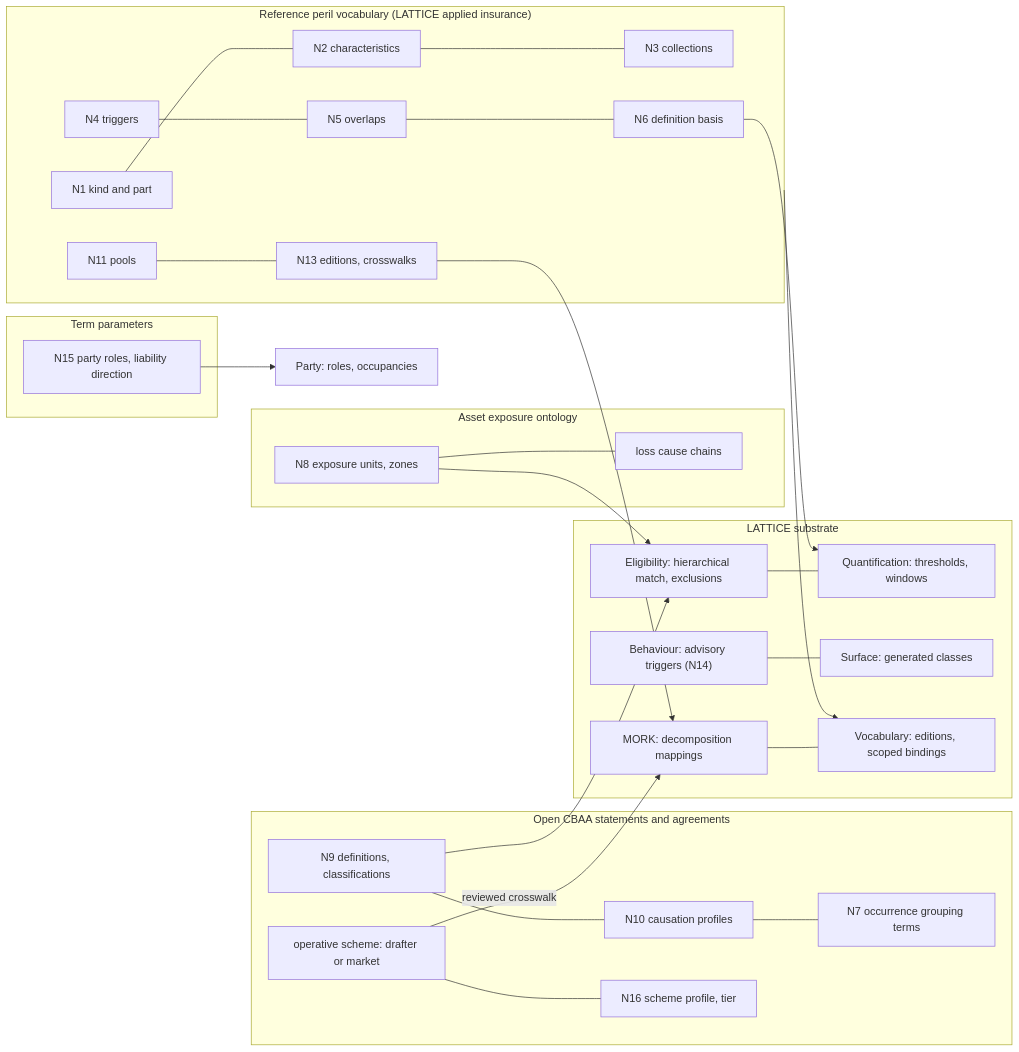
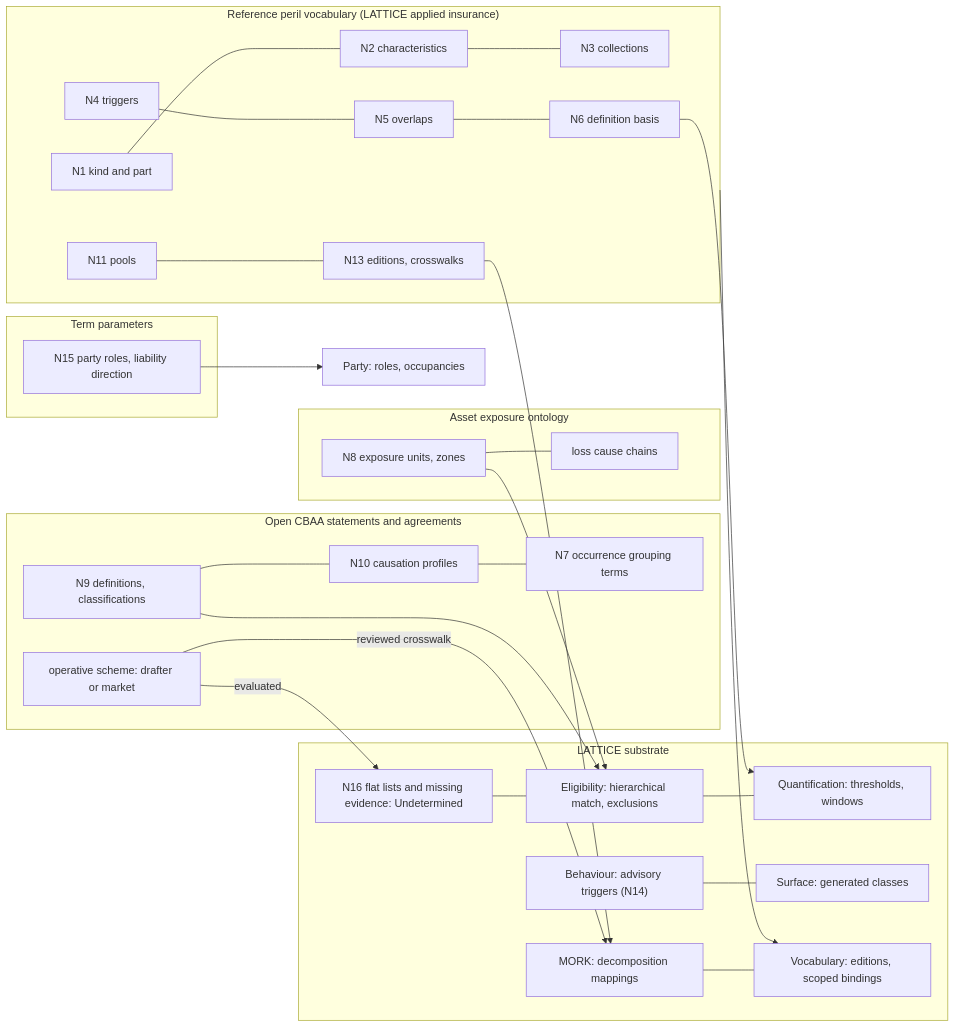
One commit to nebularis/lattice changed the diagram in docs/developer/sketches/peril-structure-whitepaper.md. Above: the diagram before and after it, drawn with Mermaid. The commit also changed other lines of this file and 20 other files, not shown here.

````diff
--- a/docs/developer/sketches/peril-structure-whitepaper.md
+++ b/docs/developer/sketches/peril-structure-whitepaper.md
@@ -285,30 +287,32 @@
 ```mermaid
 flowchart LR
     subgraph Vocab["Reference peril vocabulary (LATTICE applied insurance)"]
         N1["N1 kind and part"] --- N2["N2 characteristics"] --- N3["N3 collections"]
         N4["N4 triggers"] --- N5["N5 overlaps"] --- N6["N6 definition basis"]
         N11["N11 pools"] --- N13["N13 editions, crosswalks"]
     end
     subgraph Stm["Open CBAA statements and agreements"]
         N9["N9 definitions, classifications"] --- N10["N10 causation profiles"] --- N7["N7 occurrence grouping terms"]
-        OP["operative scheme: drafter or market"] --- N16["N16 scheme profile, tier"]
+        OP["operative scheme: drafter or market"]
     end
     subgraph Tp["Term parameters"]
         N15["N15 party roles, liability direction"]
     end
     subgraph Aeo["Asset exposure ontology"]
         N8["N8 exposure units, zones"] --- LR["loss cause chains"]
     end
     subgraph Lattice["LATTICE substrate"]
         E["Eligibility: hierarchical match, exclusions"] --- Q["Quantification: thresholds, windows"]
+        N16["N16 flat lists and missing evidence: Undetermined"] --- E
         B["Behaviour: advisory triggers (N14)"] --- S["Surface: generated classes"]
         M["MORK: decomposition mappings"] --- V["Vocabulary: editions, scoped bindings"]
     end
     Vocab --> V
     N6 --> Q
     N9 --> E
     N8 --> E
     N13 --> M
     OP -- "reviewed crosswalk" --> M
+    OP -- "evaluated" --> N16
     N15 --> P["Party: roles, occupancies"]
 ```
````
